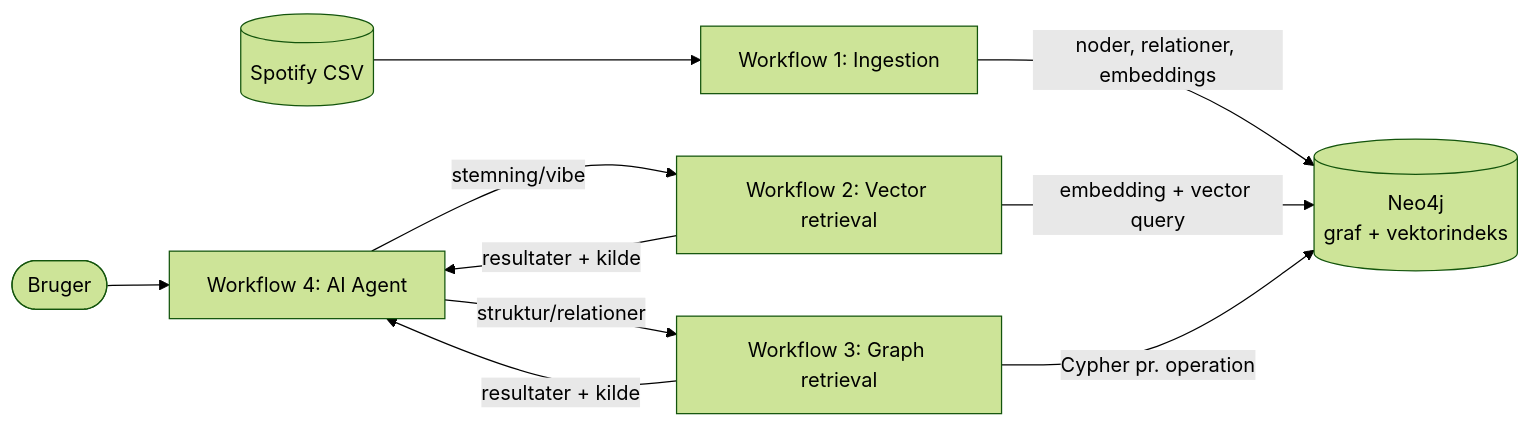
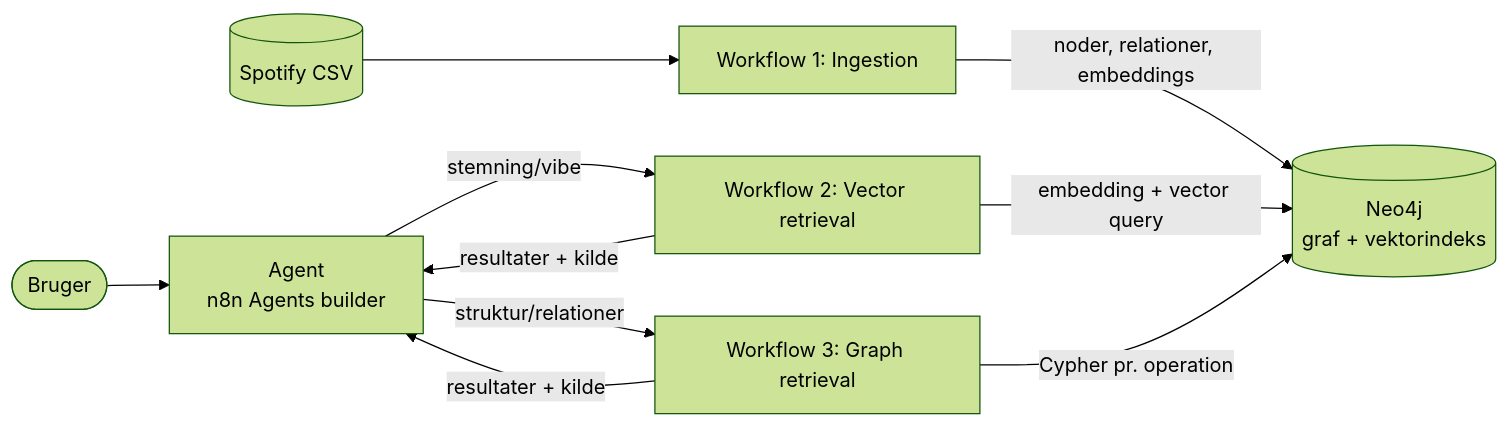
One commit to bananpalme/RAG-projekt changed the diagram in README.md. Above: the diagram before and after it, drawn with Mermaid (forest theme). The commit also changed other lines of this file, not shown here.

````diff
--- a/README.md
+++ b/README.md
@@ -16,12 +16,12 @@
 ```mermaid
 flowchart LR
   CSV[(Spotify CSV)] --> ING[Workflow 1: Ingestion]
   ING -->|noder, relationer, embeddings| NEO[(Neo4j<br/>graf + vektorindeks)]
-  USER([Bruger]) --> AGENT[Workflow 4: AI Agent]
+  USER([Bruger]) --> AGENT[Agent<br/>n8n Agents builder]
   AGENT -->|stemning/vibe| VEC[Workflow 2: Vector retrieval]
   AGENT -->|struktur/relationer| GR[Workflow 3: Graph retrieval]
   VEC -->|embedding + vector query| NEO
   GR -->|Cypher pr. operation| NEO
   VEC -->|resultater + kilde| AGENT
   GR -->|resultater + kilde| AGENT
 ```
````
